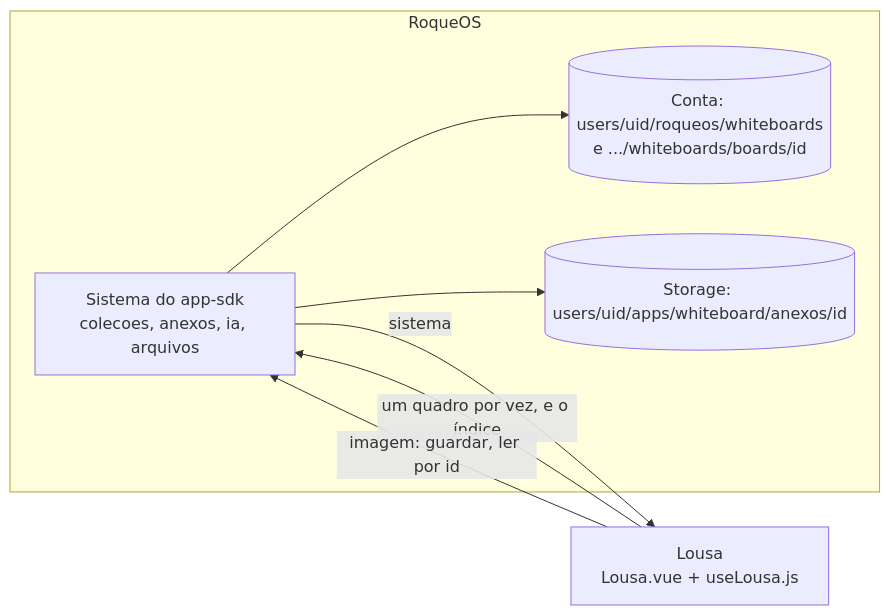
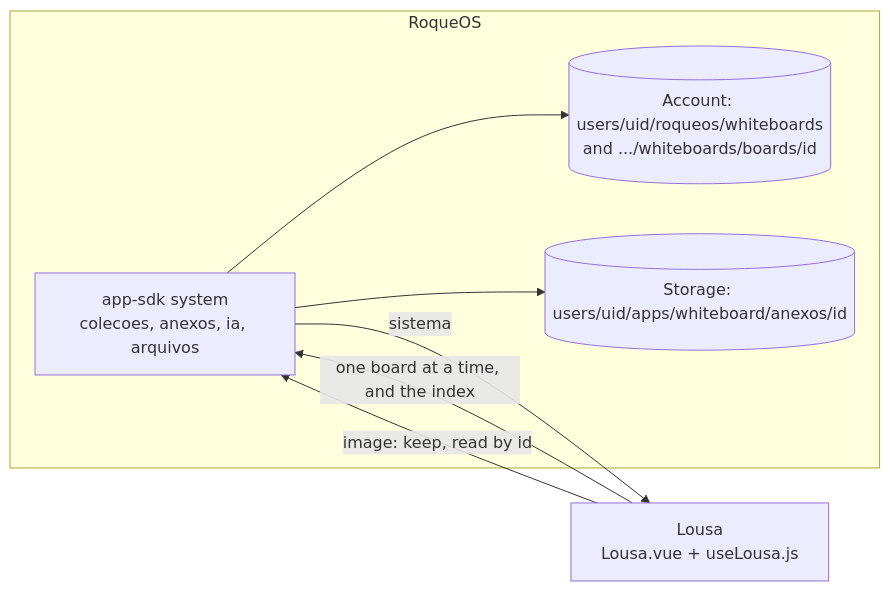
The diagram in README.md (roqueos-apps/lousa), drawn with Mermaid before and after one commit. The commit also changed other lines of this file and 31 other files, not shown here.

````diff
--- a/README.md
+++ b/README.md
@@ -28,14 +17,14 @@
 ```mermaid
 flowchart LR
   subgraph RoqueOS
-    H[Sistema do app-sdk<br/>colecoes, anexos, ia, arquivos]
-    Q[(Conta: users/uid/roqueos/whiteboards<br/>e .../whiteboards/boards/id)]
+    H[app-sdk system<br/>colecoes, anexos, ia, arquivos]
+    Q[(Account: users/uid/roqueos/whiteboards<br/>and .../whiteboards/boards/id)]
     S[(Storage: users/uid/apps/whiteboard/anexos/id)]
   end
   L[Lousa<br/>Lousa.vue + useLousa.js]
   H -- sistema --> L
-  L -- um quadro por vez, e o índice --> H
-  L -- imagem: guardar, ler por id --> H
+  L -- one board at a time, and the index --> H
+  L -- image: keep, read by id --> H
   H --> Q
   H --> S
 ```
````
